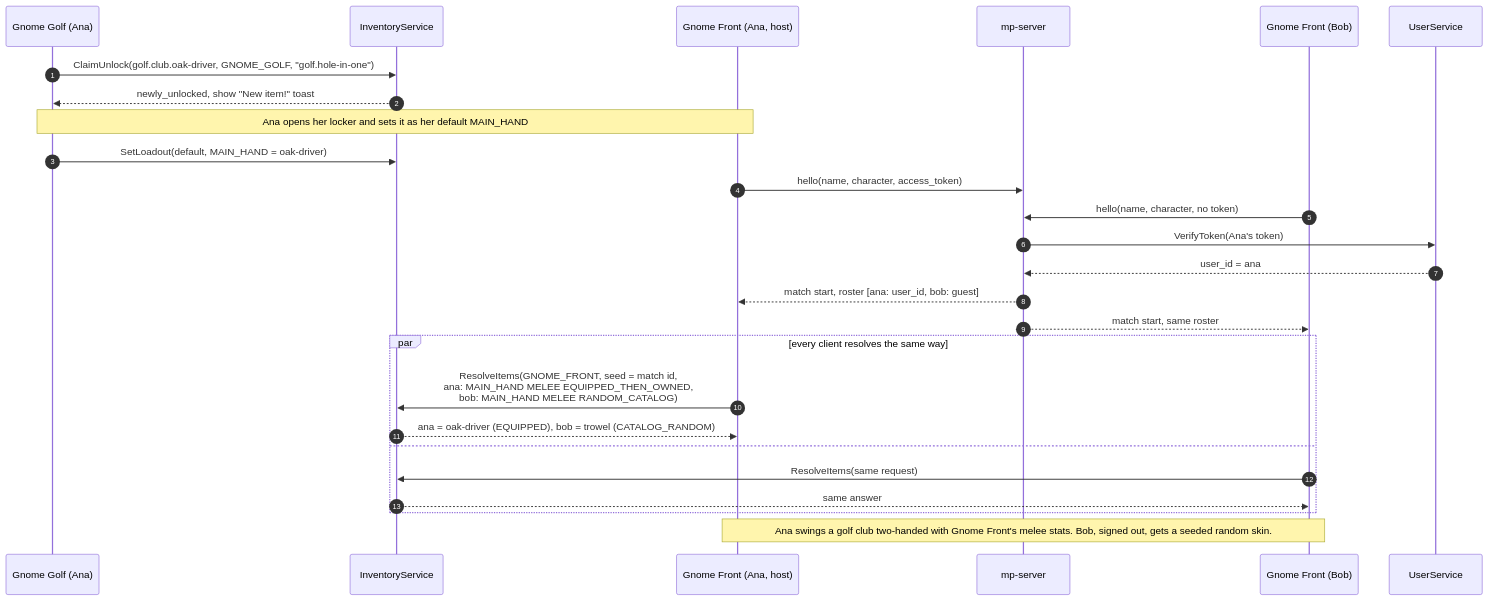
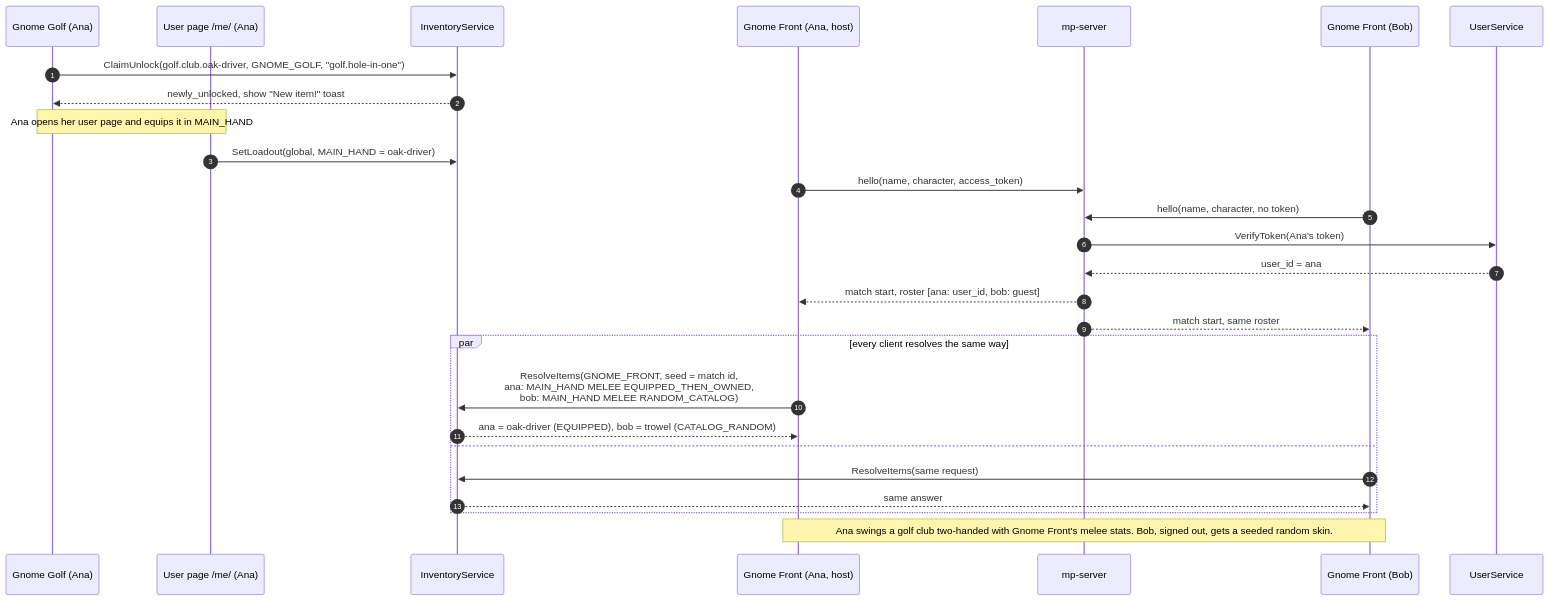
One commit to QMasterMoo/lawn-gnome-panic changed the sixth of 10 diagrams in docs/design/gnome-platform.md. Above: the diagram before and after it, drawn with Mermaid. The commit also changed other lines of this file and 2 other files, not shown here.

First line of the commit message:
Platform proposal: user page, global loadouts, decisions

````diff
--- a/docs/design/gnome-platform.md
+++ b/docs/design/gnome-platform.md
@@ -316,29 +323,30 @@
 ```mermaid
 sequenceDiagram
   autonumber
   participant Golf as Gnome Golf (Ana)
+  participant Me as User page /me/ (Ana)
   participant I as InventoryService
   participant Front as Gnome Front (Ana, host)
   participant MP as mp-server
   participant Bob as Gnome Front (Bob)
   participant U as UserService
 
   Golf->>I: ClaimUnlock(golf.club.oak-driver, GNOME_GOLF, "golf.hole-in-one")
   I-->>Golf: newly_unlocked, show "New item!" toast
-  Note over Golf,Front: Ana opens her locker and sets it as her default MAIN_HAND
-  Golf->>I: SetLoadout(default, MAIN_HAND = oak-driver)
+  Note over Golf,Me: Ana opens her user page and equips it in MAIN_HAND
+  Me->>I: SetLoadout(global, MAIN_HAND = oak-driver)
   Front->>MP: hello(name, character, access_token)
   Bob->>MP: hello(name, character, no token)
   MP->>U: VerifyToken(Ana's token)
   U-->>MP: user_id = ana
   MP-->>Front: match start, roster [ana: user_id, bob: guest]
   MP-->>Bob: match start, same roster
   par every client resolves the same way
     Front->>I: ResolveItems(GNOME_FRONT, seed = match id,<br/>ana: MAIN_HAND MELEE EQUIPPED_THEN_OWNED,<br/>bob: MAIN_HAND MELEE RANDOM_CATALOG)
     I-->>Front: ana = oak-driver (EQUIPPED), bob = trowel (CATALOG_RANDOM)
   and
     Bob->>I: ResolveItems(same request)
     I-->>Bob: same answer
   end
   Note over Front,Bob: Ana swings a golf club two-handed with Gnome Front's melee stats. Bob, signed out, gets a seeded random skin.
 ```
````
